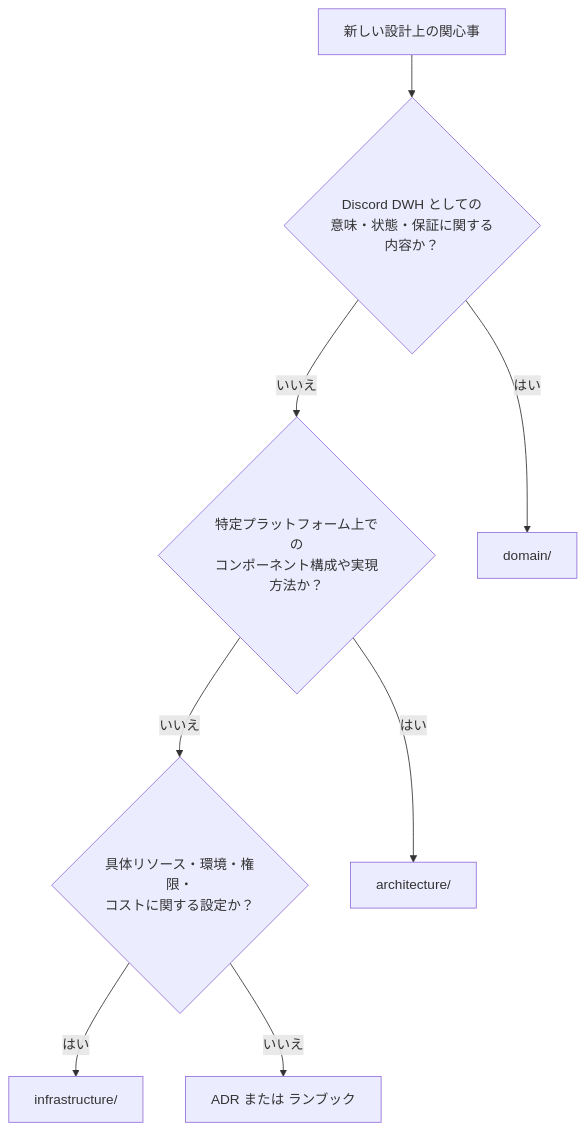
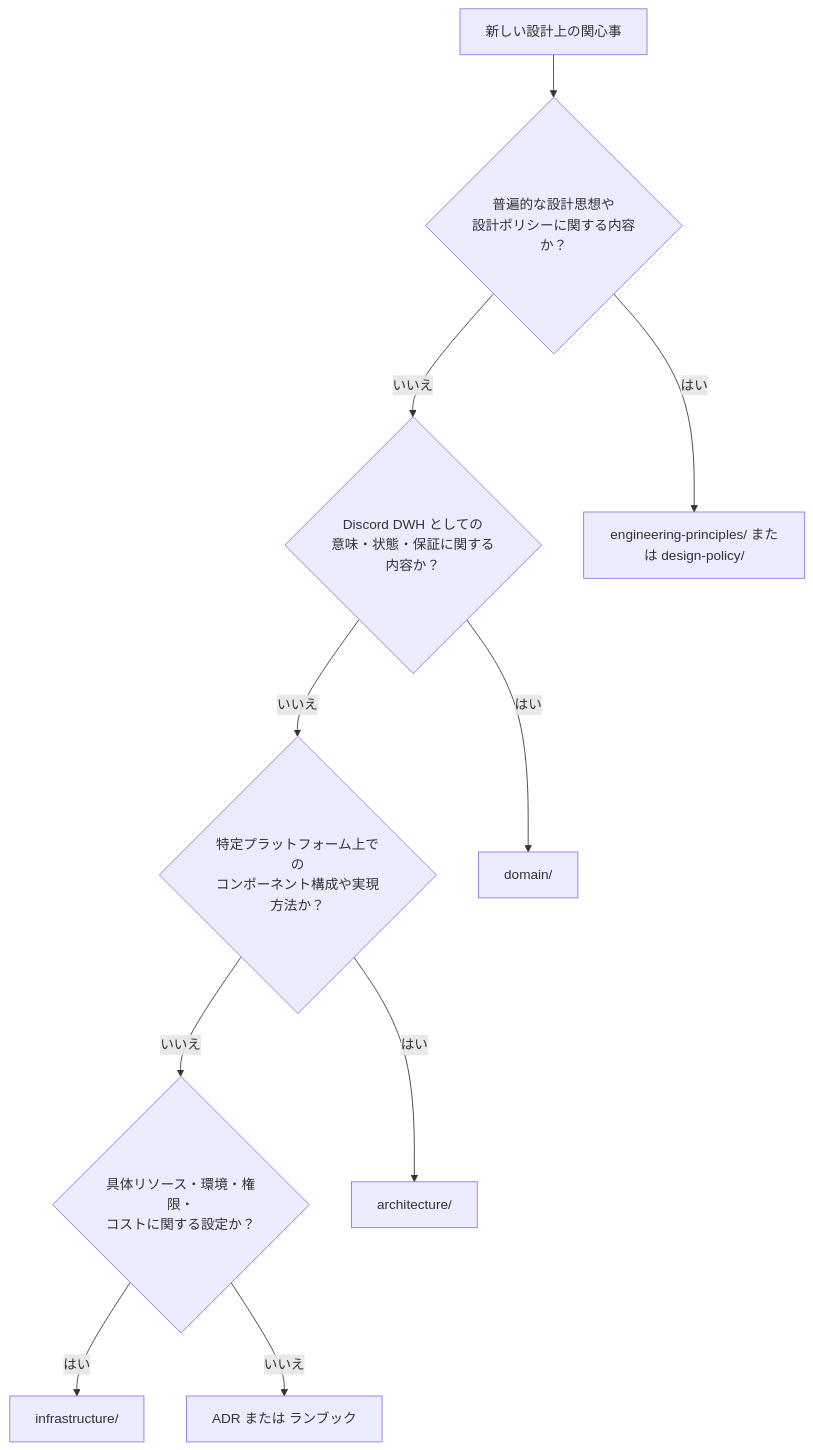
One commit to ojiverse/datawarehouse changed the second of 2 diagrams in docs/README.md. Above: the diagram before and after it, drawn with Mermaid. The commit also changed other lines of this file and 12 other files, not shown here.

First line of the commit message:
docs: import and adapt engineering principles and design policies for DWH

````diff
--- a/docs/README.md
+++ b/docs/README.md
@@ -42,15 +50,18 @@
 ```mermaid
 flowchart TD
     Topic[新しい設計上の関心事]
+    IsPrinciple{普遍的な設計思想や<br>設計ポリシーに関する内容か？}
     IsDomain{Discord DWH としての<br>意味・状態・保証に関する内容か？}
     IsArch{特定プラットフォーム上での<br>コンポーネント構成や実現方法か？}
     IsInfra{具体リソース・環境・権限・<br>コストに関する設定か？}
 
-    Topic --> IsDomain
+    Topic --> IsPrinciple
+    IsPrinciple -->|はい| Principle[engineering-principles/ または design-policy/]
+    IsPrinciple -->|いいえ| IsDomain
     IsDomain -->|はい| Domain[domain/]
     IsDomain -->|いいえ| IsArch
     IsArch -->|はい| Arch[architecture/]
     IsArch -->|いいえ| IsInfra
     IsInfra -->|はい| Infra[infrastructure/]
     IsInfra -->|いいえ| Other[ADR または ランブック]
 ```
````
